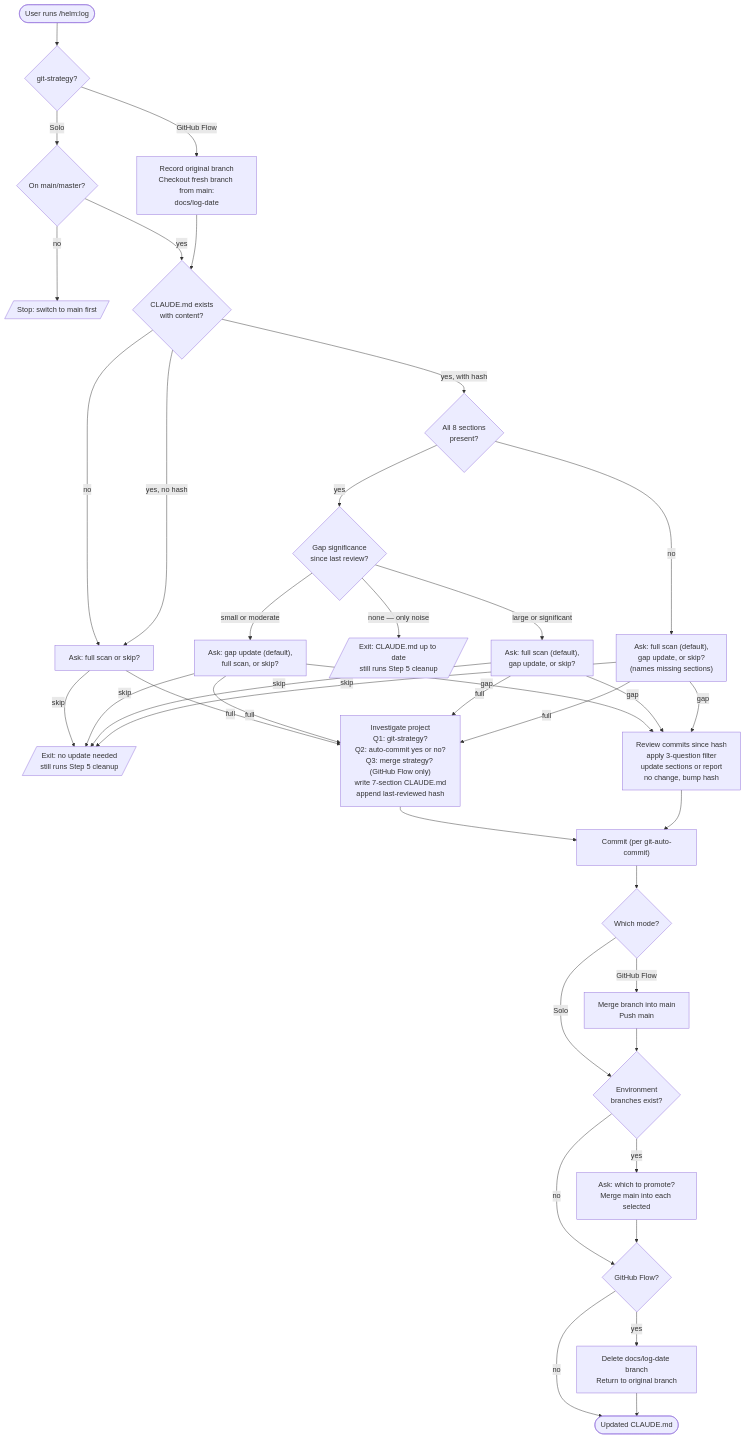
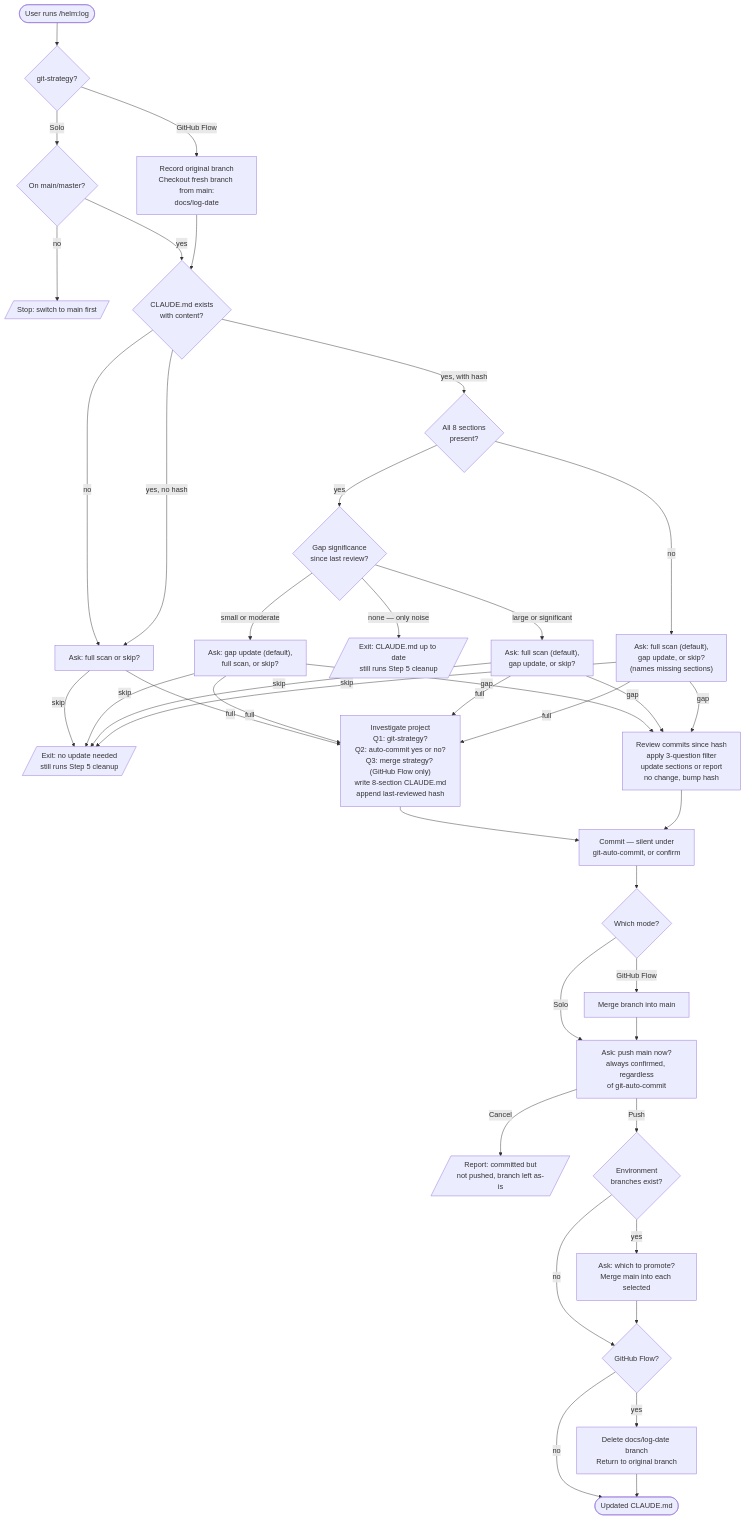
The diagram in docs/commands/log.md (myowinthein/agent-helm), drawn with Mermaid before and after one commit. The commit also changed other lines of this file and 2 other files, not shown here.

Commit message:
docs(project): sync adopt/log/manifest docs with the new push-confirmation gate
Also fixes docs/commands/log.md's mermaid diagram, which still said
the CLAUDE.md schema has 7 sections — it has 8 since Domain Rules
was restored earlier this session.

````diff
--- a/docs/commands/log.md
+++ b/docs/commands/log.md
@@ -13,54 +13,55 @@
 ```mermaid
 flowchart TD
   Start([User runs /helm:log]) --> Strategy{git-strategy?}
   Strategy -->|Solo| SoloCheck{On main/master?}
   SoloCheck -->|no| StopSolo[/Stop: switch to main first/]
   SoloCheck -->|yes| Exists
   Strategy -->|GitHub Flow| Fresh[Record original branch<br/>Checkout fresh branch from main:<br/>docs/log-date]
   Fresh --> Exists
 
   Exists{CLAUDE.md exists<br/>with content?}
 
   Exists -->|no| Mode1[Ask: full scan or skip?]
   Exists -->|yes, no hash| Mode1
   Exists -->|yes, with hash| Schema{All 8 sections<br/>present?}
 
   Schema -->|no| Mode4["Ask: full scan (default),<br/>gap update, or skip?<br/>(names missing sections)"]
   Schema -->|yes| Gap{Gap significance<br/>since last review?}
 
   Gap -->|none — only noise| UpToDate[/Exit: CLAUDE.md up to date<br/>still runs Step 5 cleanup/]
   Gap -->|small or moderate| Mode2["Ask: gap update (default),<br/>full scan, or skip?"]
   Gap -->|large or significant| Mode3["Ask: full scan (default),<br/>gap update, or skip?"]
 
   Mode1 -->|skip| Skip[/Exit: no update needed<br/>still runs Step 5 cleanup/]
   Mode1 -->|full| Full
   Mode2 -->|skip| Skip
   Mode2 -->|full| Full
   Mode2 -->|gap| GapPath
   Mode3 -->|skip| Skip
   Mode3 -->|full| Full
   Mode3 -->|gap| GapPath
   Mode4 -->|skip| Skip
   Mode4 -->|full| Full
   Mode4 -->|gap| GapPath
 
-  Full["Investigate project<br/>Q1: git-strategy?<br/>Q2: auto-commit yes or no?<br/>Q3: merge strategy? (GitHub Flow only)<br/>write 7-section CLAUDE.md<br/>append last-reviewed hash"] --> Commit
+  Full["Investigate project<br/>Q1: git-strategy?<br/>Q2: auto-commit yes or no?<br/>Q3: merge strategy? (GitHub Flow only)<br/>write 8-section CLAUDE.md<br/>append last-reviewed hash"] --> Commit
   GapPath[Review commits since hash<br/>apply 3-question filter<br/>update sections or report<br/>no change, bump hash] --> Commit
 
-  Commit["Commit (per git-auto-commit)"] --> SoloOrFlow{Which mode?}
-  SoloOrFlow -->|Solo| Promote
-  SoloOrFlow -->|GitHub Flow| MergeMain[Merge branch into main<br/>Push main]
-  MergeMain --> Promote
+  Commit["Commit — silent under<br/>git-auto-commit, or confirm"] --> SoloOrFlow{Which mode?}
+  SoloOrFlow -->|Solo| PushAsk[Ask: push main now?<br/>always confirmed, regardless<br/>of git-auto-commit]
+  SoloOrFlow -->|GitHub Flow| MergeMain[Merge branch into main] --> PushAsk
+  PushAsk -->|Cancel| Done2[/Report: committed but<br/>not pushed, branch left as-is/]
+  PushAsk -->|Push| Promote
 
   Promote{Environment<br/>branches exist?}
   Promote -->|yes| PromoteAsk[Ask: which to promote?<br/>Merge main into each selected]
   Promote -->|no| Cleanup
   PromoteAsk --> Cleanup
 
   Cleanup{GitHub Flow?}
   Cleanup -->|yes| DeleteBranch[Delete docs/log-date branch<br/>Return to original branch]
   Cleanup -->|no| Done
   DeleteBranch --> Done
 
   Done([Updated CLAUDE.md])
 ```
````
